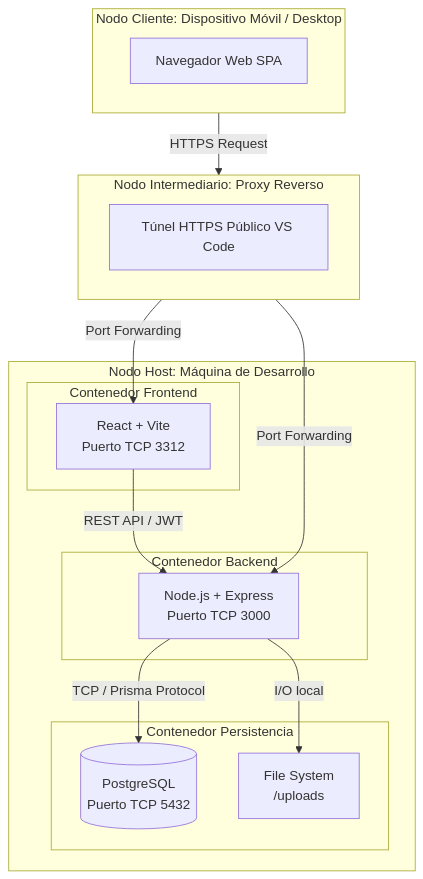
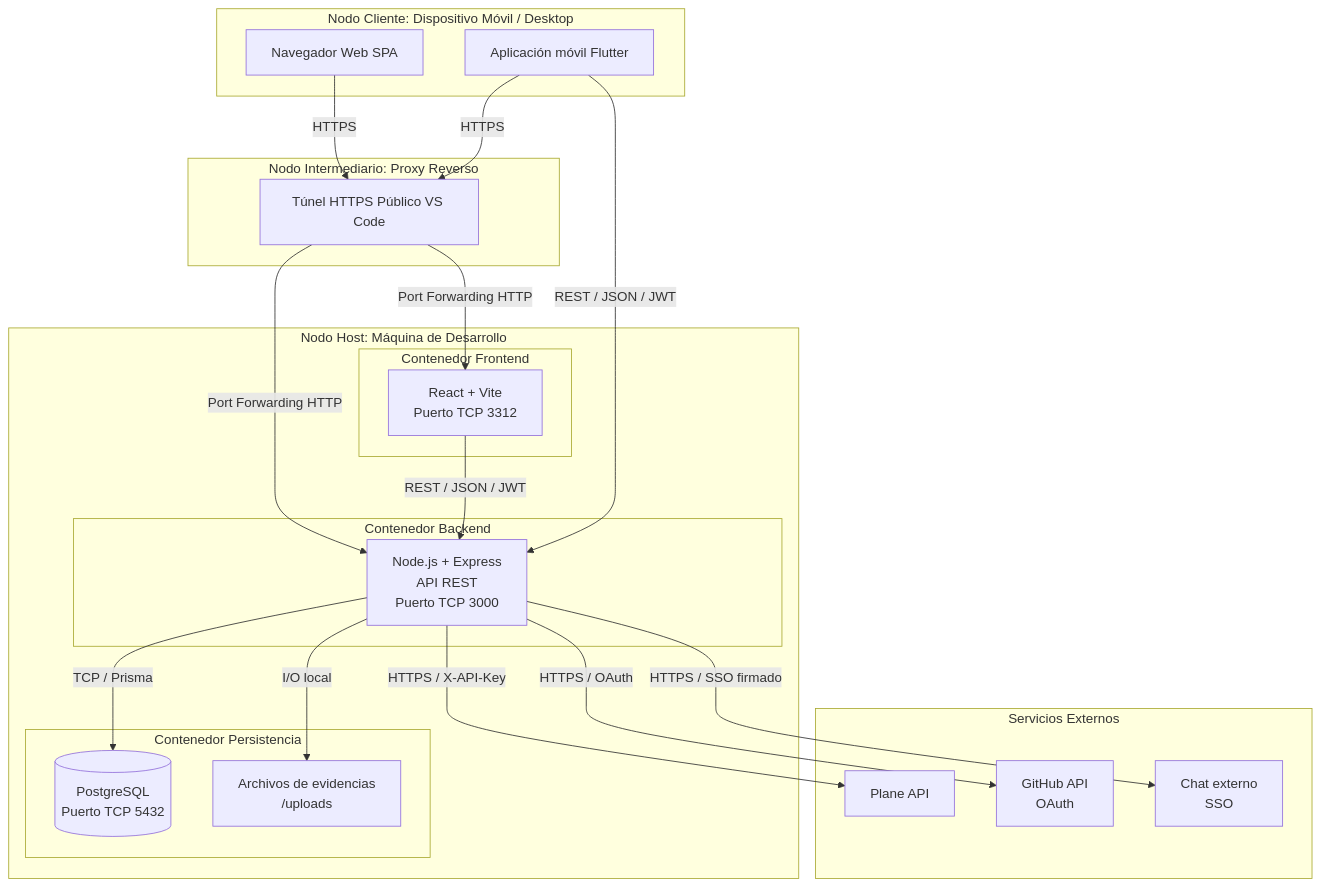
Before and after one commit to Caren3249p/Proyectos-integradores: the diagram in diagrams/despliegue_tunnels.mmd, drawn with Mermaid. The commit also changed 27 other files, not shown here.

```diff
--- a/diagrams/despliegue_tunnels.mmd
+++ b/diagrams/despliegue_tunnels.mmd
@@ -1,30 +1,42 @@
 flowchart TB
   subgraph ClienteMobile [Nodo Cliente: Dispositivo Móvil / Desktop]
     B[Navegador Web SPA]
+    M[Aplicación móvil Flutter]
   end
 
   subgraph DevTunnels [Nodo Intermediario: Proxy Reverso]
     T[Túnel HTTPS Público VS Code]
   end
 
   subgraph ServidorLocal [Nodo Host: Máquina de Desarrollo]
     subgraph CapaPresentacion [Contenedor Frontend]
-      SPA[React + Vite\nPuerto TCP 3312]
+      SPA[React + Vite<br/>Puerto TCP 3312]
     end
-    
+
     subgraph CapaAplicacion [Contenedor Backend]
-      API[Node.js + Express\nPuerto TCP 3000]
+      API[Node.js + Express<br/>API REST<br/>Puerto TCP 3000]
     end
-    
+
     subgraph CapaDatos [Contenedor Persistencia]
-      DB[(PostgreSQL\nPuerto TCP 5432)]
-      FS[File System\n/uploads]
+      DB[(PostgreSQL<br/>Puerto TCP 5432)]
+      FS[Archivos de evidencias<br/>/uploads]
     end
   end
 
-  ClienteMobile -->|HTTPS Request| DevTunnels
-  DevTunnels -->|Port Forwarding| SPA
-  DevTunnels -->|Port Forwarding| API
-  SPA -->|REST API / JWT| API
-  API -->|TCP / Prisma Protocol| DB
+  subgraph ServiciosExternos [Servicios Externos]
+    P[Plane API]
+    G[GitHub API<br/>OAuth]
+    S[Chat externo<br/>SSO]
+  end
+
+  B -->|HTTPS| T
+  M -->|HTTPS| T
+  T -->|Port Forwarding HTTP| SPA
+  T -->|Port Forwarding HTTP| API
+  SPA -->|REST / JSON / JWT| API
+  M -->|REST / JSON / JWT| API
+  API -->|TCP / Prisma| DB
   API -->|I/O local| FS
+  API -->|HTTPS / X-API-Key| P
+  API -->|HTTPS / OAuth| G
+  API -->|HTTPS / SSO firmado| S
```
